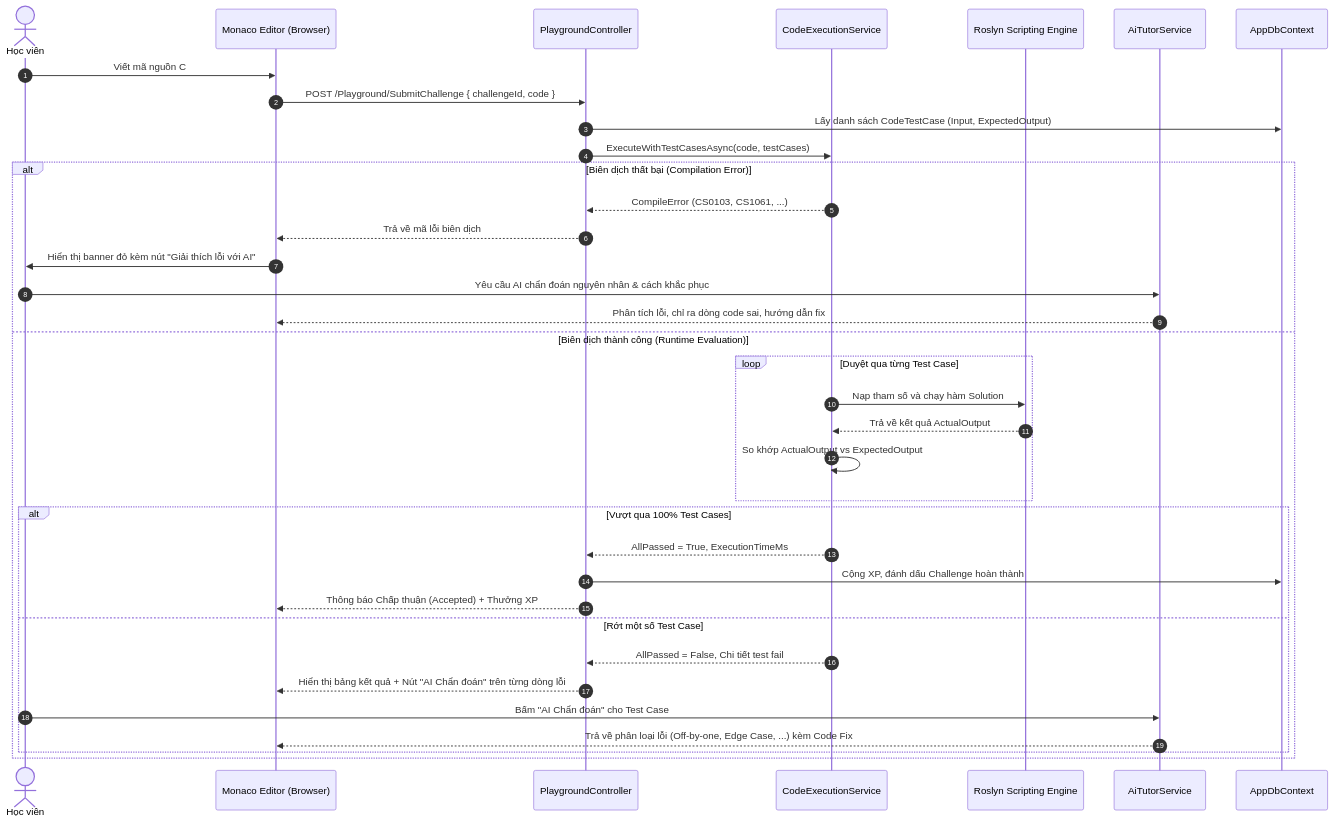
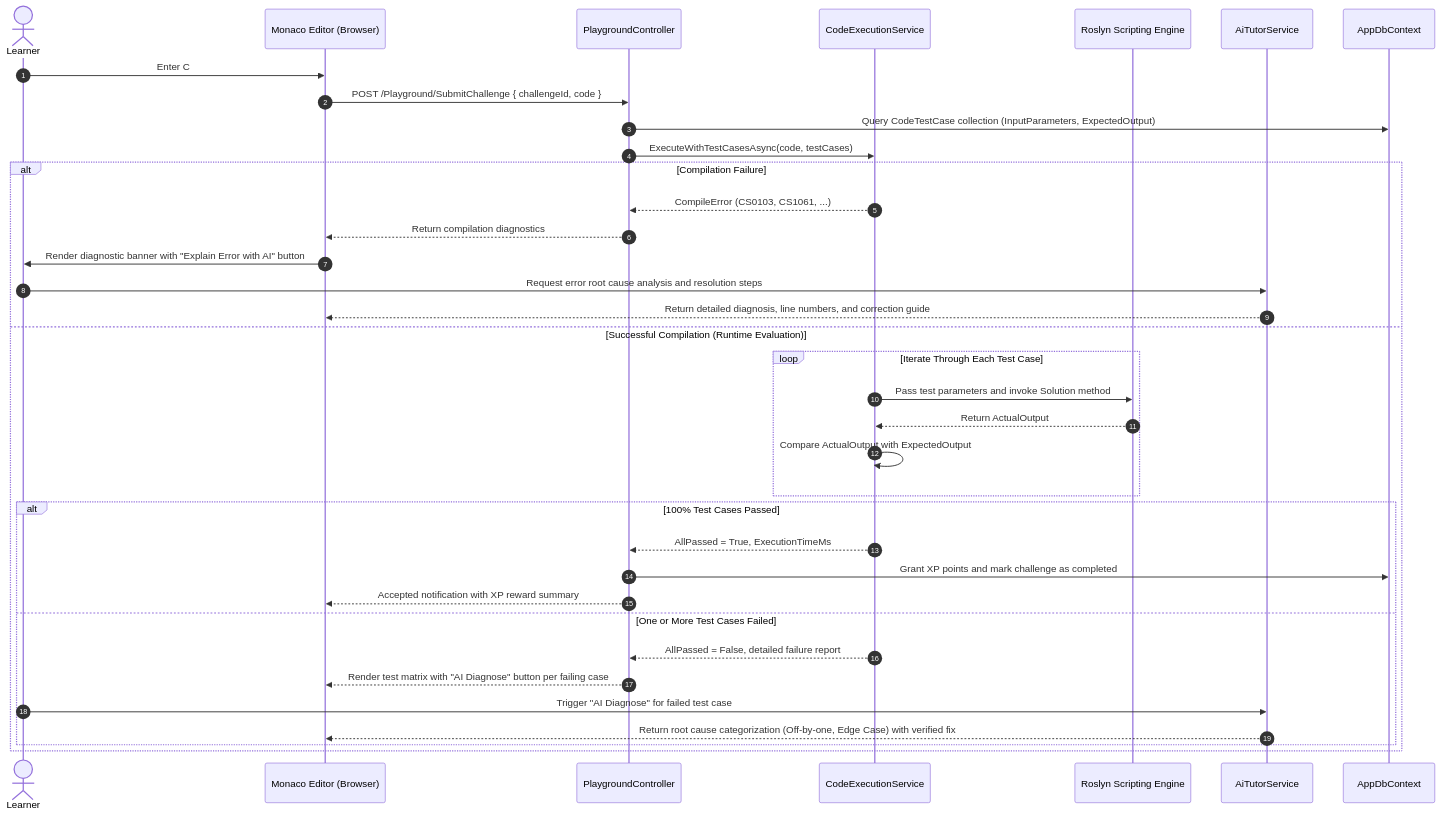
The second of 4 diagrams in docs/02_system_architecture_overview.md (KaitoDeus/NET-Tutos), drawn with Mermaid before and after one commit. The commit also changed other lines of this file and 5 other files, not shown here.

````diff
--- a/docs/02_system_architecture_overview.md
+++ b/docs/02_system_architecture_overview.md
@@ -80,40 +81,40 @@
 ```mermaid
 sequenceDiagram
     autonumber
-    actor HọcViên as Học viên
+    actor Learner as Learner
     participant Editor as Monaco Editor (Browser)
     participant Controller as PlaygroundController
     participant Sandbox as CodeExecutionService
     participant Roslyn as Roslyn Scripting Engine
     participant AI as AiTutorService
     participant DB as AppDbContext
 
-    HọcViên->>Editor: Viết mã nguồn C# và nhấn "Nộp bài (Submit)"
+    Learner->>Editor: Enter C# solution and click "Submit Solution"
     Editor->>Controller: POST /Playground/SubmitChallenge { challengeId, code }
-    Controller->>DB: Lấy danh sách CodeTestCase (Input, ExpectedOutput)
+    Controller->>DB: Query CodeTestCase collection (InputParameters, ExpectedOutput)
     Controller->>Sandbox: ExecuteWithTestCasesAsync(code, testCases)
     
-    alt Biên dịch thất bại (Compilation Error)
+    alt Compilation Failure
         Sandbox-->>Controller: CompileError (CS0103, CS1061, ...)
-        Controller-->>Editor: Trả về mã lỗi biên dịch
-        Editor->>HọcViên: Hiển thị banner đỏ kèm nút "Giải thích lỗi với AI"
-        HọcViên->>AI: Yêu cầu AI chẩn đoán nguyên nhân & cách khắc phục
-        AI-->>Editor: Phân tích lỗi, chỉ ra dòng code sai, hướng dẫn fix
-    else Biên dịch thành công (Runtime Evaluation)
-        loop Duyệt qua từng Test Case
-            Sandbox->>Roslyn: Nạp tham số và chạy hàm Solution
-            Roslyn-->>Sandbox: Trả về kết quả ActualOutput
-            Sandbox->>Sandbox: So khớp ActualOutput vs ExpectedOutput
+        Controller-->>Editor: Return compilation diagnostics
+        Editor->>Learner: Render diagnostic banner with "Explain Error with AI" button
+        Learner->>AI: Request error root cause analysis and resolution steps
+        AI-->>Editor: Return detailed diagnosis, line numbers, and correction guide
+    else Successful Compilation (Runtime Evaluation)
+        loop Iterate Through Each Test Case
+            Sandbox->>Roslyn: Pass test parameters and invoke Solution method
+            Roslyn-->>Sandbox: Return ActualOutput
+            Sandbox->>Sandbox: Compare ActualOutput with ExpectedOutput
         end
-        alt Vượt qua 100% Test Cases
+        alt 100% Test Cases Passed
             Sandbox-->>Controller: AllPassed = True, ExecutionTimeMs
-            Controller->>DB: Cộng XP, đánh dấu Challenge hoàn thành
-            Controller-->>Editor: Thông báo Chấp thuận (Accepted) + Thưởng XP
-        else Rớt một số Test Case
-            Sandbox-->>Controller: AllPassed = False, Chi tiết test fail
-            Controller-->>Editor: Hiển thị bảng kết quả + Nút "AI Chẩn đoán" trên từng dòng lỗi
-            HọcViên->>AI: Bấm "AI Chẩn đoán" cho Test Case #x
-            AI-->>Editor: Trả về phân loại lỗi (Off-by-one, Edge Case, ...) kèm Code Fix
+            Controller->>DB: Grant XP points and mark challenge as completed
+            Controller-->>Editor: Accepted notification with XP reward summary
+        else One or More Test Cases Failed
+            Sandbox-->>Controller: AllPassed = False, detailed failure report
+            Controller-->>Editor: Render test matrix with "AI Diagnose" button per failing case
+            Learner->>AI: Trigger "AI Diagnose" for failed test case
+            AI-->>Editor: Return root cause categorization (Off-by-one, Edge Case) with verified fix
         end
     end
 ```
````
